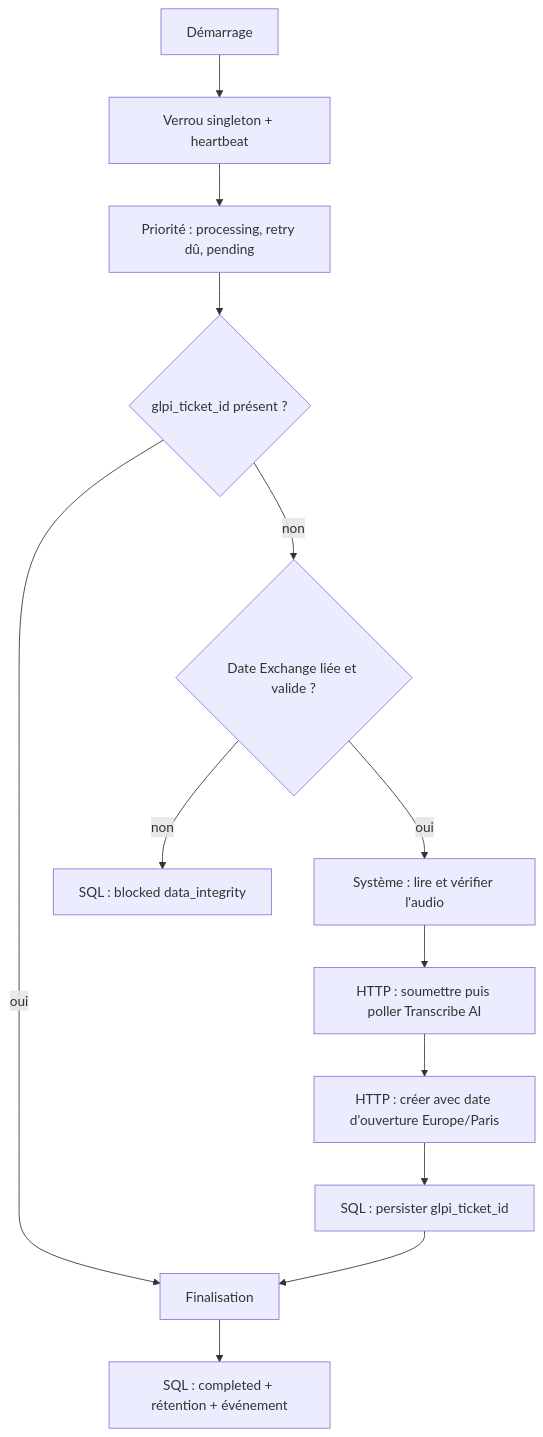
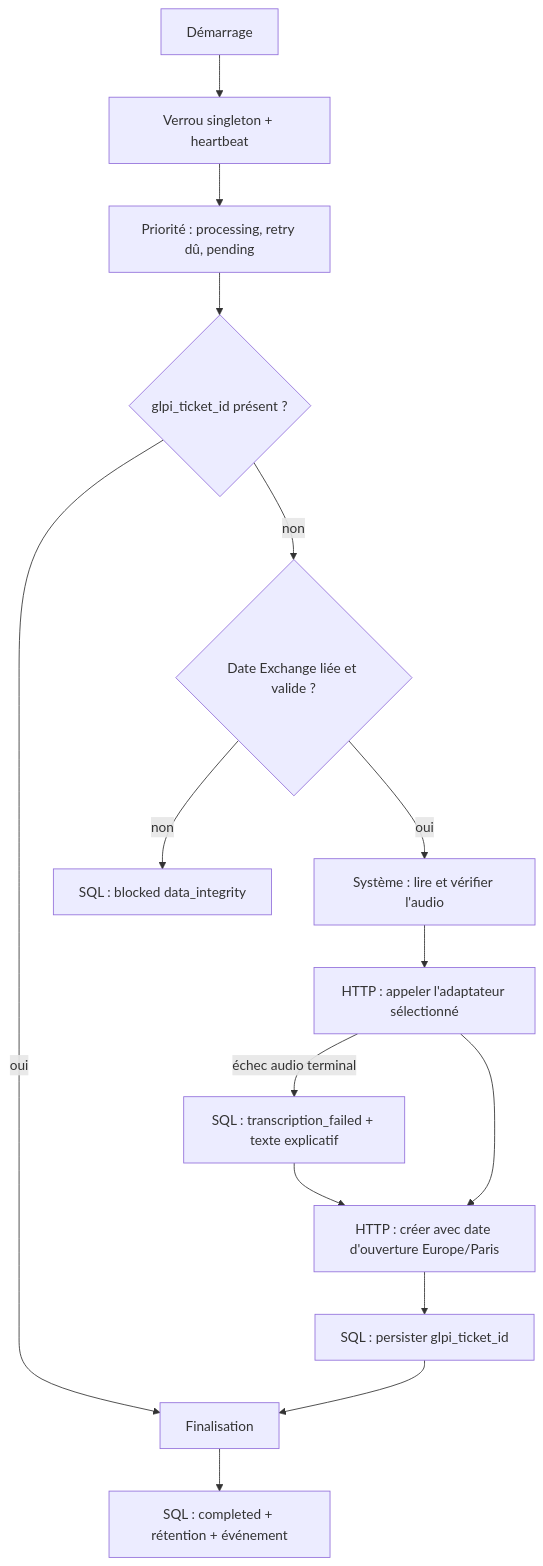
Before and after one commit to dev-vauclaire/mevo2glpi: the third of 5 diagrams in docs/mvp-architecture.md, drawn with Mermaid. The commit also changed other lines of this file and 67 other files, not shown here.

````diff
--- a/docs/mvp-architecture.md
+++ b/docs/mvp-architecture.md
@@ -307,15 +308,17 @@
 ```mermaid
 flowchart TD
     Start[Démarrage] --> Lock[Verrou singleton + heartbeat]
     Lock --> Select[Priorité : processing, retry dû, pending]
     Select --> HasTicket{glpi_ticket_id présent ?}
     HasTicket -->|oui| Finalize[Finalisation]
     HasTicket -->|non| SourceDate{Date Exchange liée et valide ?}
     SourceDate -->|non| Blocked[SQL : blocked data_integrity]
     SourceDate -->|oui| Read[Système : lire et vérifier l'audio]
-    Read --> Transcribe[HTTP : soumettre puis poller Transcribe AI]
+    Read --> Transcribe[HTTP : appeler l'adaptateur sélectionné]
+    Transcribe -->|échec audio terminal| Fallback[SQL : transcription_failed + texte explicatif]
+    Fallback --> GLPI
     Transcribe --> GLPI[HTTP : créer avec date d'ouverture Europe/Paris]
     GLPI --> Persist[SQL : persister glpi_ticket_id]
     Persist --> Finalize
     Finalize --> Complete[SQL : completed + rétention + événement]
 ```
````
